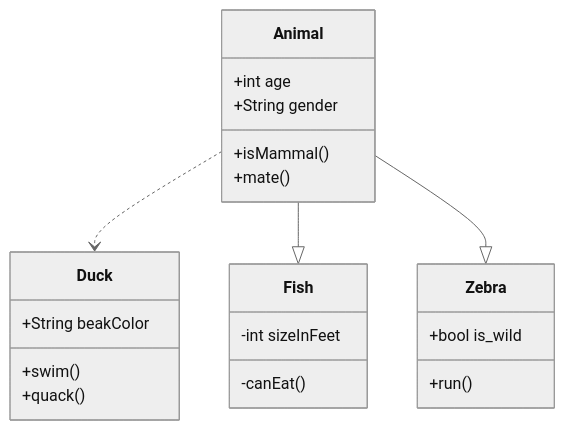
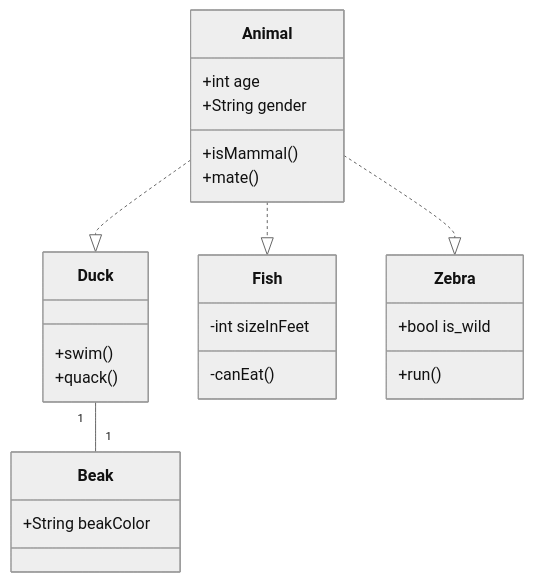
The second of 2 diagrams in 计算机/设计模式/2-3 行为型模式.md (poppop9/obsidian), drawn with Mermaid (neutral theme) before and after one commit. The commit also changed 5 other files, not shown here.

````diff
--- a/计算机/设计模式/2-3 行为型模式.md
+++ b/计算机/设计模式/2-3 行为型模式.md
@@ -58,23 +58,31 @@
 ```mermaid
 classDiagram
-    Animal ..> Duck
-    Animal --|> Fish
-    Animal --|> Zebra
+    Animal ..|> Duck
+    Animal ..|> Fish
+    Animal ..|> Zebra
     Animal : +int age
     Animal : +String gender
     Animal: +isMammal()
     Animal: +mate()
+    
     class Duck{
-      +String beakColor
       +swim()
       +quack()
     }
+    
     class Fish{
       -int sizeInFeet
       -canEat()
     }
+    
     class Zebra{
       +bool is_wild
       +run()
     }
+    
+    class Beak {
+      +String beakColor
+    }
+
+    Duck "1" -- "1" Beak
 ```
````
